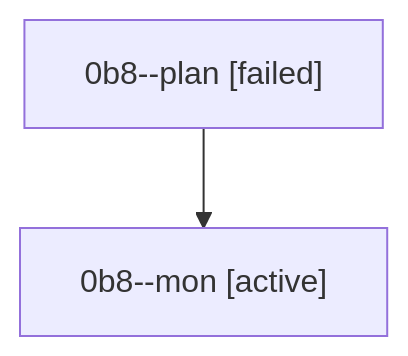
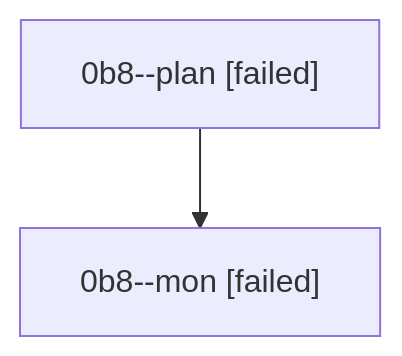
One commit to sase-org/sase--agents changed the diagram in sessions/bbugyi200.athena.0b8.md. Above: the diagram before and after it, drawn with Mermaid. The commit also changed other lines of this file and 6 other files, not shown here.

````diff
--- a/sessions/bbugyi200.athena.0b8.md
+++ b/sessions/bbugyi200.athena.0b8.md
@@ -9,6 +9,6 @@
 ```mermaid
 flowchart TD
   n0["0b8--plan [failed]"]
-  n1["0b8--mon [active]"]
+  n1["0b8--mon [failed]"]
   n0 --> n1
 ```
````
